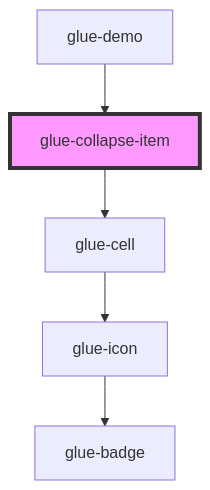
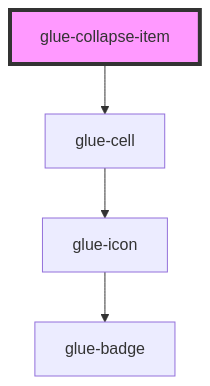
One commit to grasilife/glue changed the diagram in packages/glue-components/src/components/glue-collapse-item/readme.md. Above: the diagram before and after it, drawn with Mermaid. The commit also changed other lines of this file and 11 other files, not shown here.

````diff
--- a/packages/glue-components/src/components/glue-collapse-item/readme.md
+++ b/packages/glue-components/src/components/glue-collapse-item/readme.md
@@ -50,8 +46,7 @@
 ```mermaid
 graph TD;
   glue-collapse-item --> glue-cell
   glue-cell --> glue-icon
   glue-icon --> glue-badge
-  glue-demo --> glue-collapse-item
   style glue-collapse-item fill:#f9f,stroke:#333,stroke-width:4px
 ```
````
